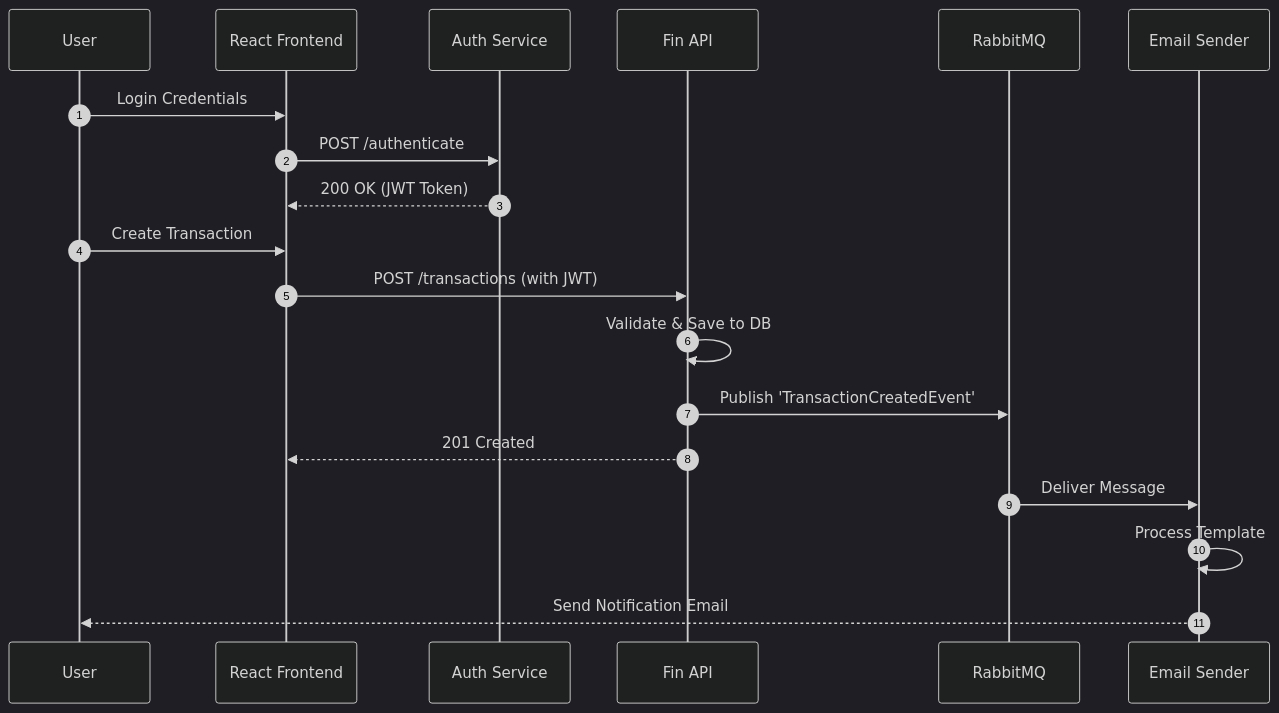
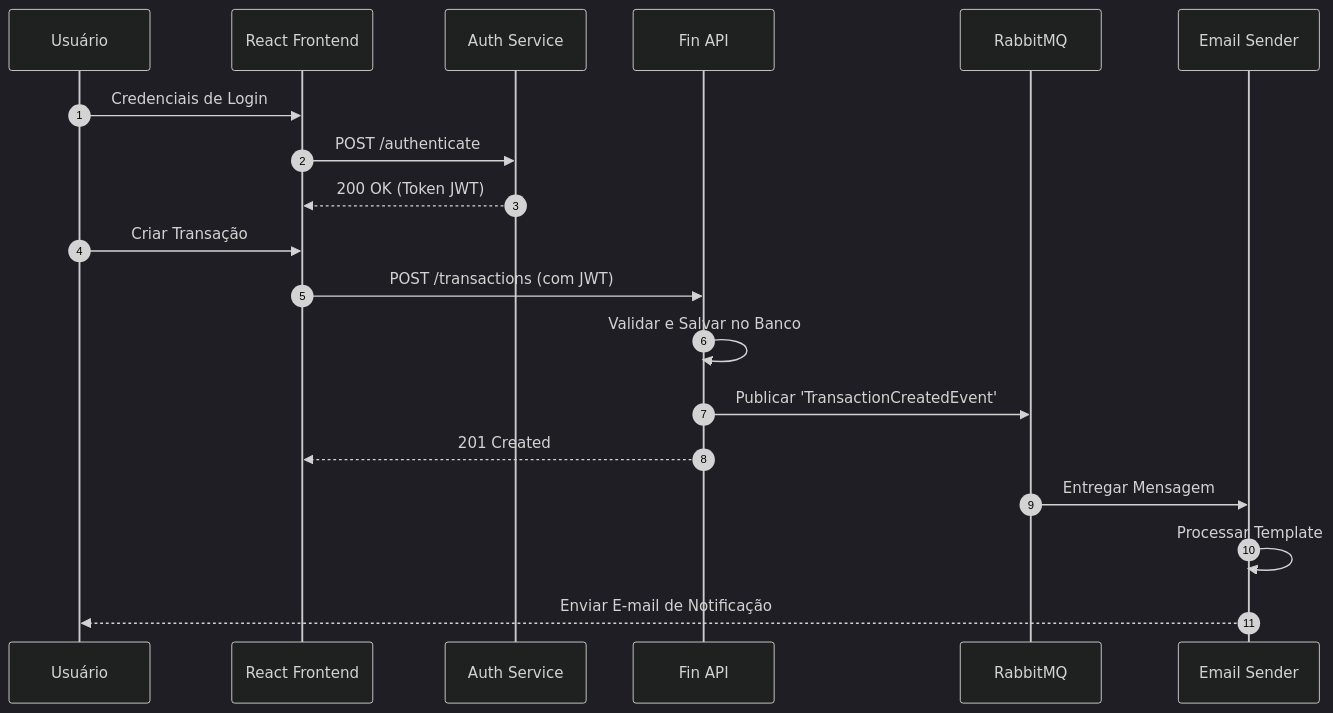
Before and after one commit to JovanneSousa/fincontrol-system: the second of 2 diagrams in README.md, drawn with Mermaid (dark theme). The commit also changed other lines of this file, not shown here.

````diff
--- a/README.md
+++ b/README.md
@@ -104,24 +104,24 @@
 ```mermaid
 sequenceDiagram
     autonumber
-    participant User as User
+    participant Usuario as Usuário
     participant Fin as React Frontend
     participant Auth as Auth Service
     participant API as Fin API
     participant Bus as RabbitMQ
     participant Email as Email Sender
 
-    User->>Fin: Login Credentials
+    Usuario->>Fin: Credenciais de Login
     Fin->>Auth: POST /authenticate
-    Auth-->>Fin: 200 OK (JWT Token)
+    Auth-->>Fin: 200 OK (Token JWT)
 
-    User->>Fin: Create Transaction
-    Fin->>API: POST /transactions (with JWT)
-    API->>API: Validate & Save to DB
-    API->>Bus: Publish 'TransactionCreatedEvent'
+    Usuario->>Fin: Criar Transação
+    Fin->>API: POST /transactions (com JWT)
+    API->>API: Validar e Salvar no Banco
+    API->>Bus: Publicar 'TransactionCreatedEvent'
     API-->>Fin: 201 Created
 
-    Bus->>Email: Deliver Message
-    Email->>Email: Process Template
-    Email-->>User: Send Notification Email
+    Bus->>Email: Entregar Mensagem
+    Email->>Email: Processar Template
+    Email-->>Usuario: Enviar E-mail de Notificação
 ```
````
